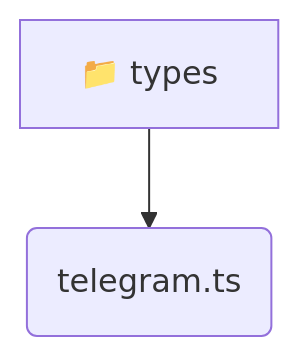
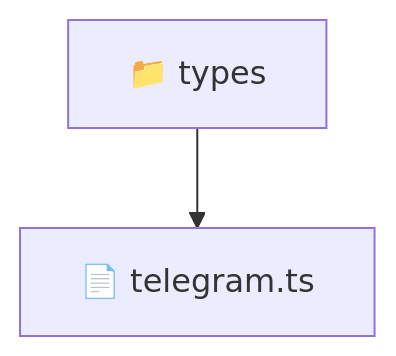
Before and after one commit to beginwebdev2002/fullstack-mavluda: the diagram in frontend/src/types/README.md, drawn with Mermaid. The commit also changed other lines of this file and 163 other files, not shown here.

````diff
--- a/frontend/src/types/README.md
+++ b/frontend/src/types/README.md
@@ -9,5 +9,5 @@
 ```mermaid
 graph TD
-  types[📁 types]
-  types --> types_telegram_ts(telegram.ts)
+  Root["📁 types"]
+  Root --> telegramts["📄 telegram.ts"]
 ```
````
